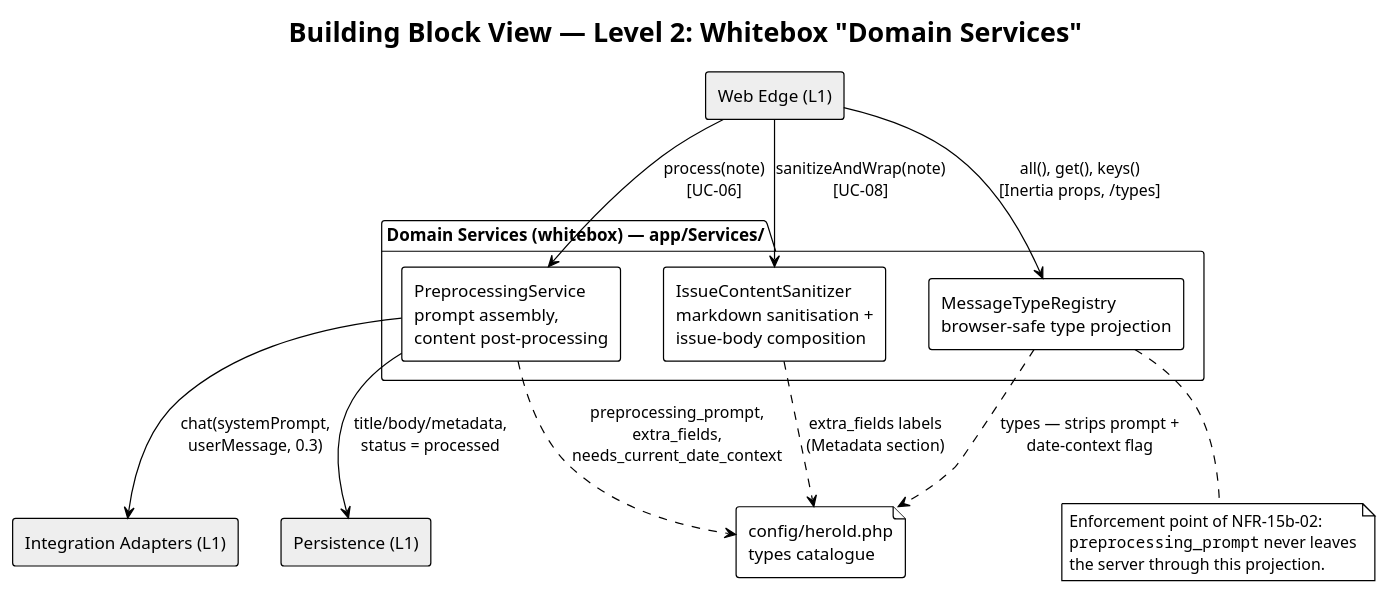
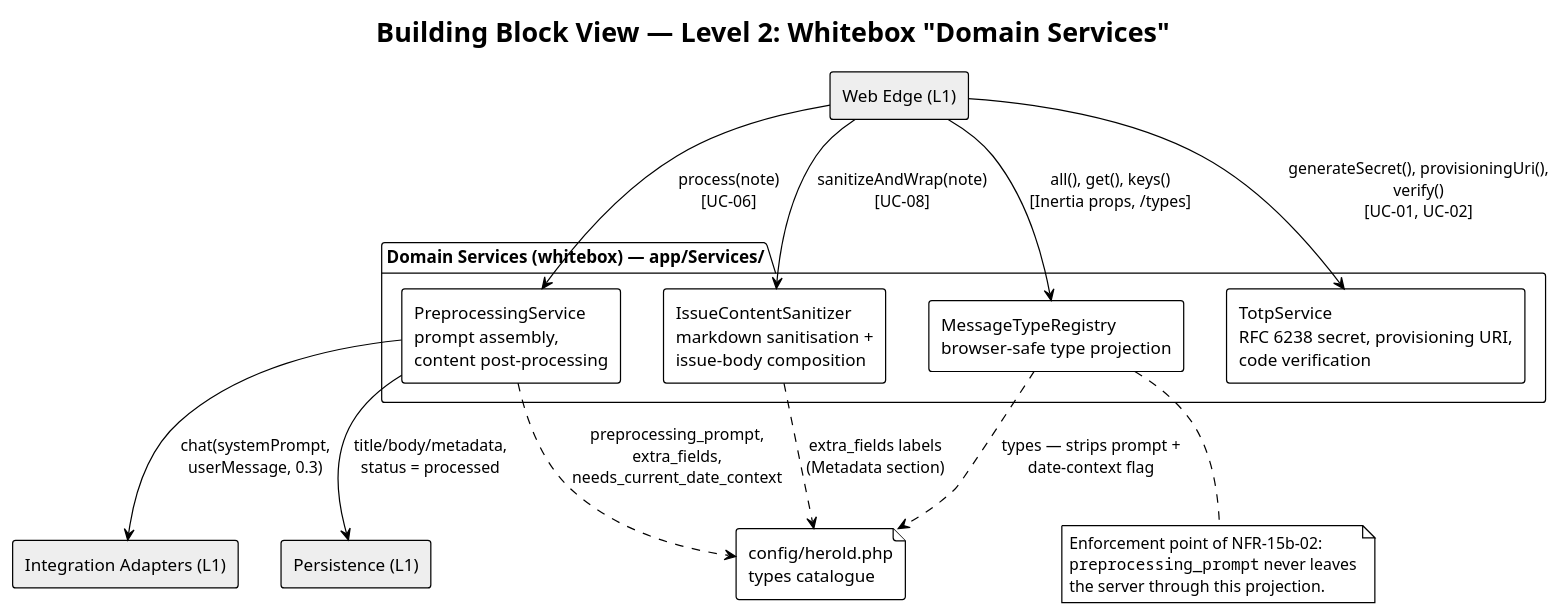
Before and after one commit to carstenlucke/herold: the diagram in docs/arch/diagrams/a05-l2-domain-services.plantuml, drawn with PlantUML. The commit also changed 31 other files, not shown here.

First line of the commit message:
refactor(auth): extract TOTP into a dedicated service (#58)

```diff
--- a/docs/arch/diagrams/a05-l2-domain-services.plantuml
+++ b/docs/arch/diagrams/a05-l2-domain-services.plantuml
@@ -1,34 +1,36 @@
 @startuml a05-l2-domain-services
 !theme plain
 skinparam componentStyle rectangle
 
 title Building Block View — Level 2: Whitebox "Domain Services"
 
 package "Domain Services (whitebox) — app/Services/" {
   [PreprocessingService\nprompt assembly,\ncontent post-processing] as prep
   [IssueContentSanitizer\nmarkdown sanitisation +\nissue-body composition] as sani
   [MessageTypeRegistry\nbrowser-safe type projection] as reg
+  [TotpService\nRFC 6238 secret, provisioning URI,\ncode verification] as totp
 }
 
 ' Level-1 neighbours of this whitebox
 rectangle "Web Edge (L1)" as edge #EEEEEE
 rectangle "Integration Adapters (L1)" as adapters #EEEEEE
 rectangle "Persistence (L1)" as persistence #EEEEEE
 file "config/herold.php\ntypes catalogue" as cfg
 
 edge --> prep : process(note)\n[UC-06]
 edge --> sani : sanitizeAndWrap(note)\n[UC-08]
 edge --> reg : all(), get(), keys()\n[Inertia props, /types]
+edge --> totp : generateSecret(), provisioningUri(),\nverify()\n[UC-01, UC-02]
 prep --> adapters : chat(systemPrompt,\nuserMessage, 0.3)
 prep --> persistence : title/body/metadata,\nstatus = processed
 prep ..> cfg : preprocessing_prompt,\nextra_fields,\nneeds_current_date_context
 sani ..> cfg : extra_fields labels\n(Metadata section)
 reg ..> cfg : types — strips prompt +\ndate-context flag
 
 note bottom of reg
   Enforcement point of NFR-15b-02:
   ""preprocessing_prompt"" never leaves
   the server through this projection.
 end note
 
 @enduml
```
